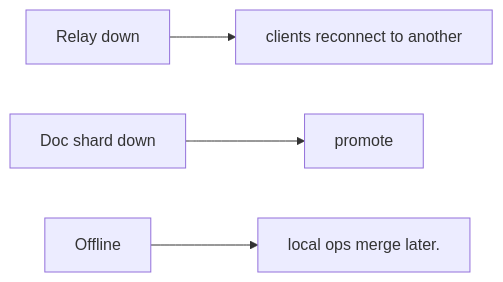
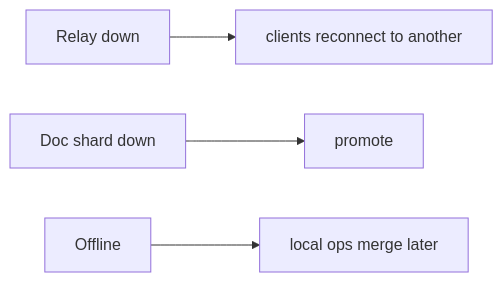
Before and after one commit to RIT-MESH/system-design-mastery: the third of 3 diagrams in case-studies/advanced/collaborative-document-editor.md, drawn with Mermaid. The commit also changed other lines of this file and 215 other files, not shown here.

First line of the commit message:
Complete all remaining work: expand case studies, add 13 AI case studies, fix diagrams, status to Complete

````diff
--- a/case-studies/advanced/collaborative-document-editor.md
+++ b/case-studies/advanced/collaborative-document-editor.md
@@ -137,13 +170,13 @@
 ```mermaid
 %% created-for: system-design-mastery
 flowchart LR
   C1["Relay down"]
   R2["clients reconnect to another"]
   C1 --> R2
   C3["Doc shard down"]
   R4["promote"]
   C3 --> R4
   C5["Offline"]
-  R6["local ops merge later."]
+  R6["local ops merge later"]
   C5 --> R6
 ```
````
